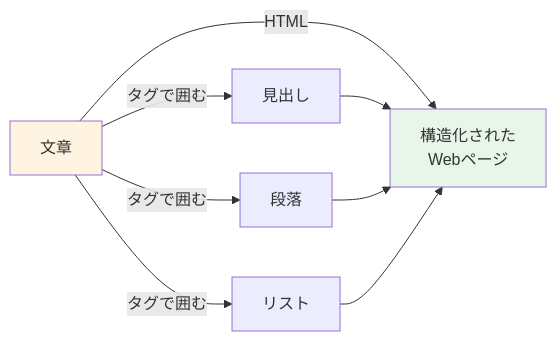
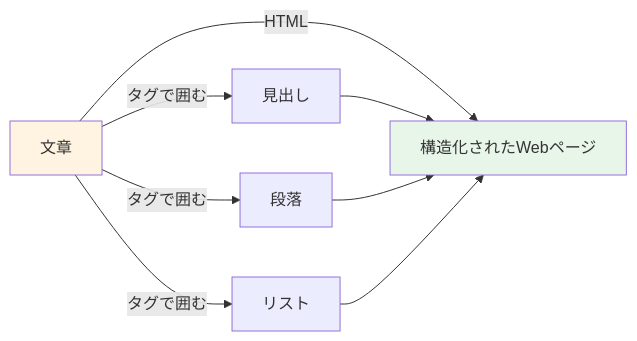
One commit to shuhei0720/keion-circle-site changed the tenth of 15 diagrams in docs/textbook/02-Web開発の基礎知識.md. Above: the diagram before and after it, drawn with Mermaid. The commit also changed other lines of this file, not shown here.

First line of the commit message:
🐛 mermaid図のエラー修正とコード説明を大幅強化

````diff
--- a/docs/textbook/02-Web開発の基礎知識.md
+++ b/docs/textbook/02-Web開発の基礎知識.md
@@ -518,15 +674,15 @@
 ```mermaid
 graph LR
-    A[文章] -->|HTML| B[構造化された<br/>Webページ]
+    A[文章] -->|HTML| B["構造化されたWebページ"]
     
     A -->|タグで囲む| C[見出し]
     A -->|タグで囲む| D[段落]
     A -->|タグで囲む| E[リスト]
     
     C --> B
     D --> B
     E --> B
     
     style A fill:#fff4e1
     style B fill:#e8f5e9
 ```
````
